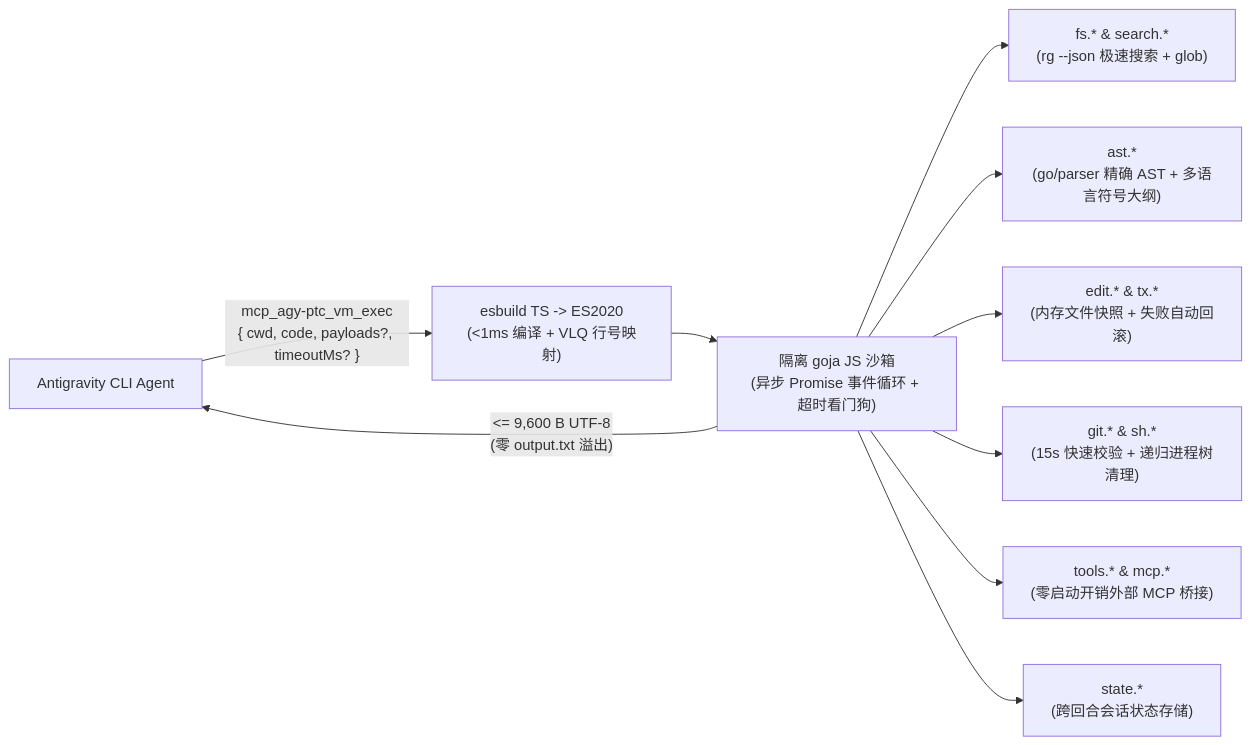
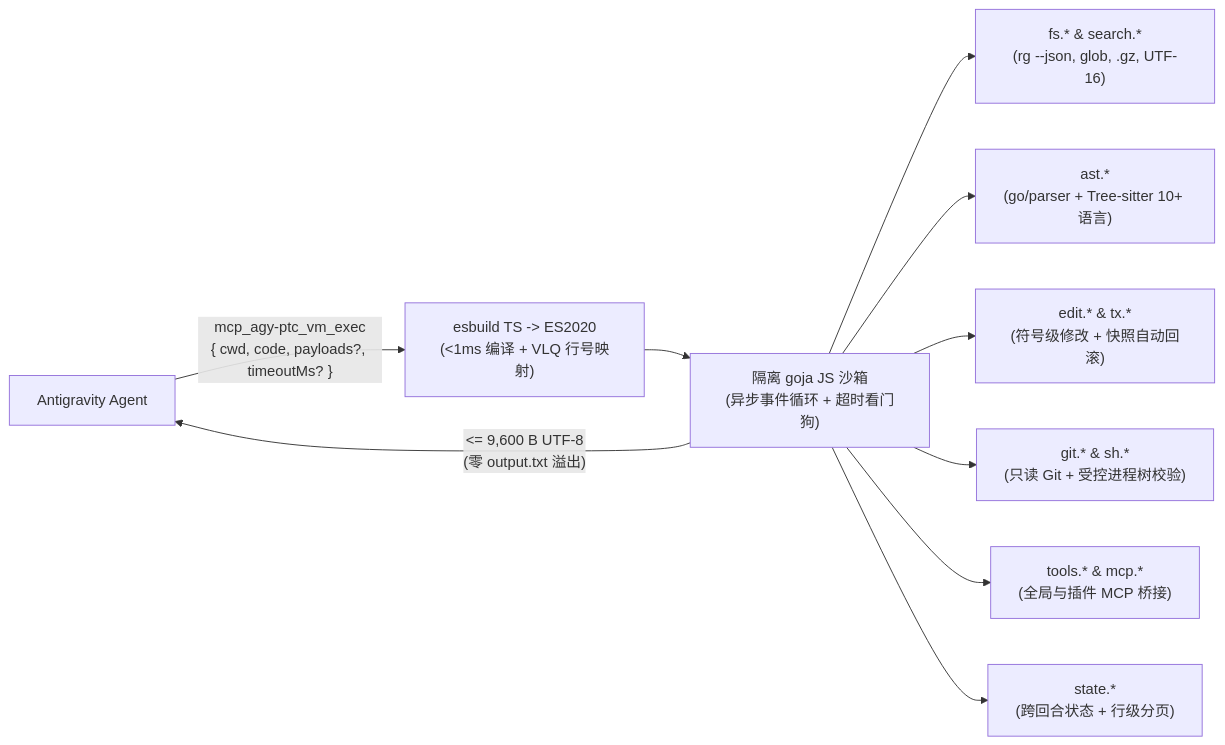
One commit to Aliothmoon/agy-ptc changed the diagram in README_ZH.md. Above: the diagram before and after it, drawn with Mermaid. The commit also changed other lines of this file and 1 other file, not shown here.

````diff
--- a/README_ZH.md
+++ b/README_ZH.md
@@ -34,12 +48,12 @@
 ```mermaid
 flowchart LR
-    Agent["Antigravity CLI Agent"] -->|"mcp_agy-ptc_vm_exec\n{ cwd, code, payloads?, timeoutMs? }"| Compiler["esbuild TS -> ES2020\n(<1ms 编译 + VLQ 行号映射)"]
-    Compiler --> VM["隔离 goja JS 沙箱\n(异步 Promise 事件循环 + 超时看门狗)"]
-    VM --> FS["fs.* & search.*\n(rg --json 极速搜索 + glob)"]
-    VM --> AST["ast.*\n(go/parser 精确 AST + 多语言符号大纲)"]
-    VM --> TX["edit.* & tx.*\n(内存文件快照 + 失败自动回滚)"]
-    VM --> SH["git.* & sh.*\n(15s 快速校验 + 递归进程树清理)"]
-    VM --> MCP["tools.* & mcp.*\n(零启动开销外部 MCP 桥接)"]
-    VM --> ST["state.*\n(跨回合会话状态存储)"]
+    Agent["Antigravity Agent"] -->|"mcp_agy-ptc_vm_exec\n{ cwd, code, payloads?, timeoutMs? }"| Compiler["esbuild TS -> ES2020\n(<1ms 编译 + VLQ 行号映射)"]
+    Compiler --> VM["隔离 goja JS 沙箱\n(异步事件循环 + 超时看门狗)"]
+    VM --> FS["fs.* & search.*\n(rg --json, glob, .gz, UTF-16)"]
+    VM --> AST["ast.*\n(go/parser + Tree-sitter 10+ 语言)"]
+    VM --> TX["edit.* & tx.*\n(符号级修改 + 快照自动回滚)"]
+    VM --> SH["git.* & sh.*\n(只读 Git + 受控进程树校验)"]
+    VM --> MCP["tools.* & mcp.*\n(全局与插件 MCP 桥接)"]
+    VM --> ST["state.*\n(跨回合状态 + 行级分页)"]
     VM -->|"<= 9,600 B UTF-8\n(零 output.txt 溢出)"| Agent
 ```
````
